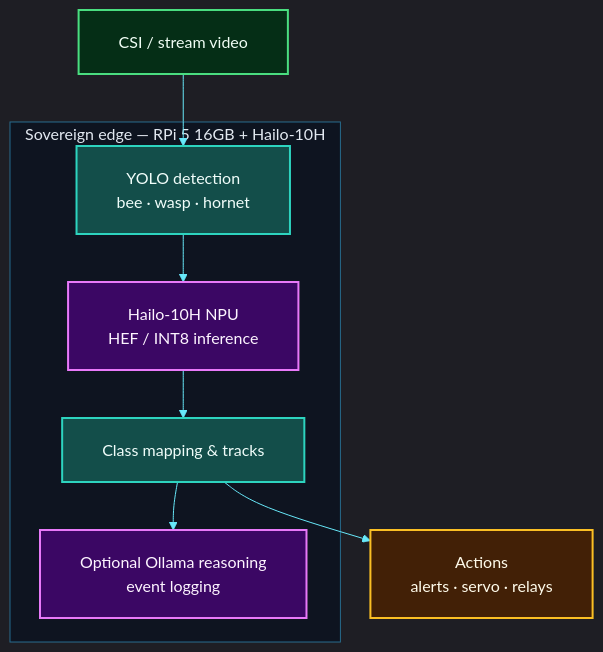
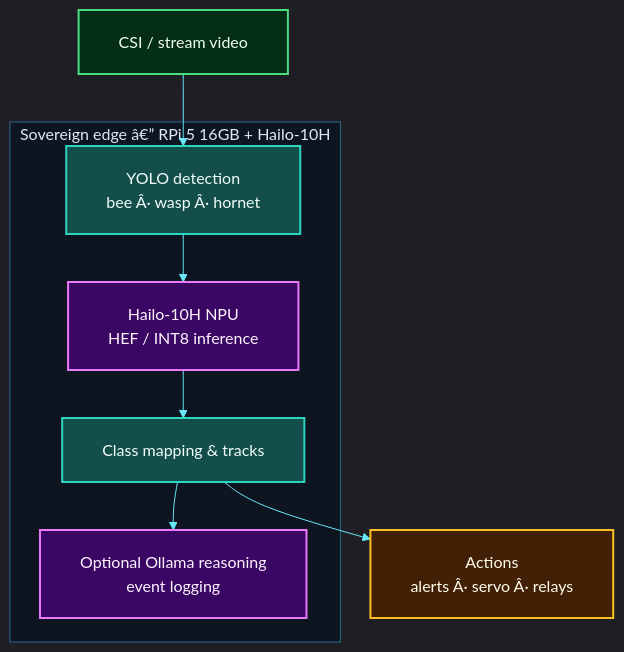
One commit to fivepanelhat/Sting-Operation-AI changed the diagram in README.md. Above: the diagram before and after it, drawn with Mermaid. The commit also changed other lines of this file and 8 other files, not shown here.

````diff
--- a/README.md
+++ b/README.md
@@ -167,52 +184,52 @@
 ```mermaid
 %%{init: {
   "theme": "dark",
   "themeVariables": {
     "fontSize": "16px",
     "fontFamily": "Inter, ui-sans-serif, system-ui, sans-serif",
     "primaryColor": "#0ea5e9",
     "primaryTextColor": "#f8fafc",
     "primaryBorderColor": "#38bdf8",
     "lineColor": "#67e8f9",
     "secondaryColor": "#1e293b",
     "tertiaryColor": "#0f172a",
     "clusterBkg": "#0b1220cc",
     "clusterBorder": "#38bdf880",
     "titleColor": "#e2e8f0"
   },
   "flowchart": {
     "nodeSpacing": 40,
     "rankSpacing": 48,
     "padding": 20,
     "htmlLabels": true,
     "curve": "basis"
   }
 }}%%
 flowchart TB
 
     classDef sense fill:#052e16,stroke:#4ade80,stroke-width:2px,color:#f0fdf4
     classDef edge fill:#0c4a6e,stroke:#38bdf8,stroke-width:2px,color:#f0f9ff
     classDef core fill:#134e4a,stroke:#2dd4bf,stroke-width:2px,color:#f0fdfa
     classDef act fill:#422006,stroke:#fbbf24,stroke-width:2px,color:#fffbeb
     classDef store fill:#1e1b4b,stroke:#a5b4fc,stroke-width:2px,color:#eef2ff
     classDef ai fill:#3b0764,stroke:#e879f9,stroke-width:2px,color:#fdf4ff
     classDef app fill:#1e1b4b,stroke:#c4b5fd,stroke-width:2px,color:#eef2ff
 
-    CAM["CSI / stream video"] --> YOLO["YOLO detection<br/>bee · wasp · hornet"]
+    CAM["CSI / stream video"] --> YOLO["YOLO detection<br/>bee Â· wasp Â· hornet"]
     YOLO --> HEF["Hailo-10H NPU<br/>HEF / INT8 inference"]
     HEF --> MAP["Class mapping & tracks"]
     MAP --> LLM["Optional Ollama reasoning<br/>event logging"]
-    MAP --> ACT["Actions<br/>alerts · servo · relays"]
+    MAP --> ACT["Actions<br/>alerts Â· servo Â· relays"]
 
-    subgraph EDGE["Sovereign edge — RPi 5 16GB + Hailo-10H"]
+    subgraph EDGE["Sovereign edge â€” RPi 5 16GB + Hailo-10H"]
         YOLO
         HEF
         MAP
         LLM
     end
 
     class CAM sense
     class YOLO,MAP core
     class HEF,LLM ai
     class ACT act
 ```
````
